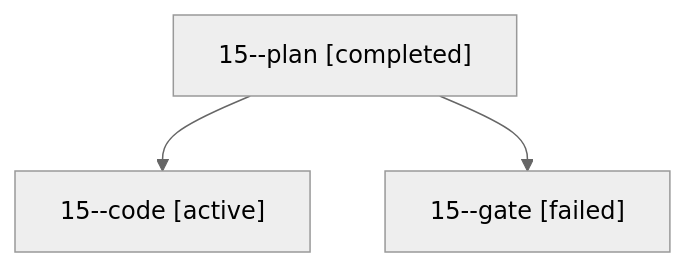
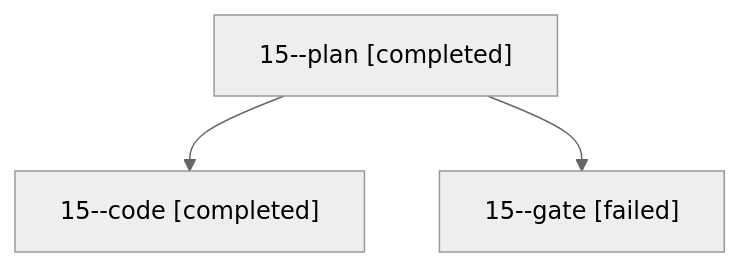
One commit to sase-org/sase--agents changed the diagram in families/bbugyi200.apollo.15.md. Above: the diagram before and after it, drawn with Mermaid (neutral theme). The commit also changed other lines of this file and 36 other files, not shown here.

````diff
--- a/families/bbugyi200.apollo.15.md
+++ b/families/bbugyi200.apollo.15.md
@@ -9,8 +9,8 @@
 ```mermaid
 flowchart TD
   n0["15--plan [completed]"]
-  n1["15--code [active]"]
+  n1["15--code [completed]"]
   n0 --> n1
   n2["15--gate [failed]"]
   n0 --> n2
 ```
````
